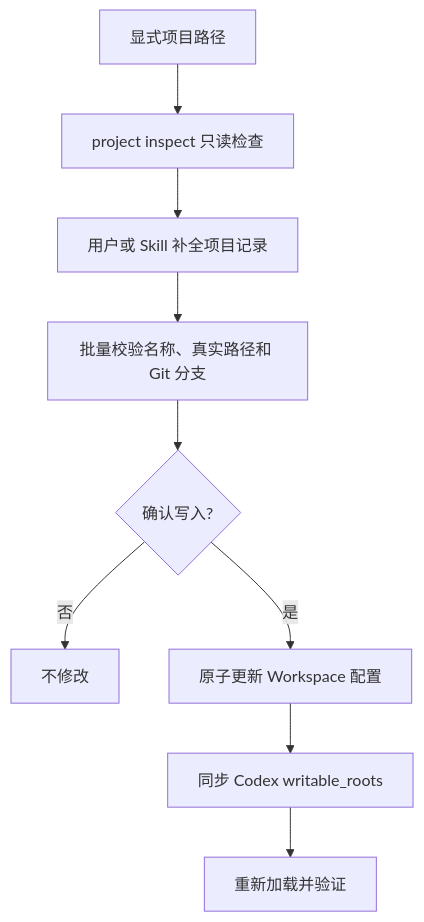
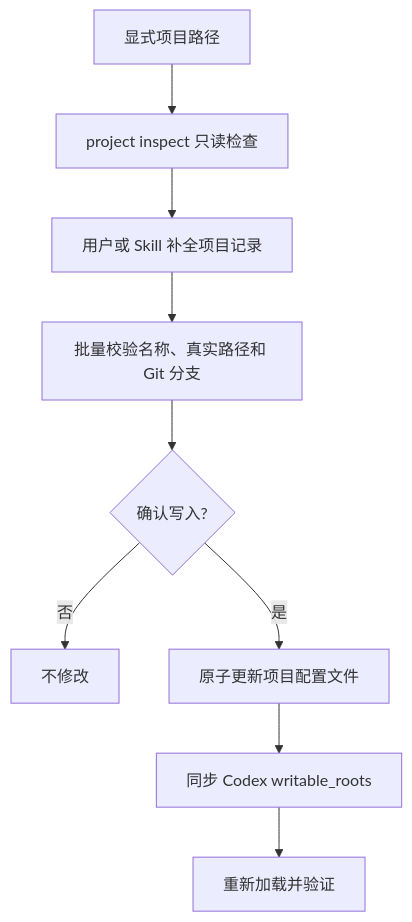
Before and after one commit to icebearx-ai/code-workspace: the second of 3 diagrams in docs/code-workspace-flow.zh-CN.md, drawn with Mermaid. The commit also changed other lines of this file and 18 other files, not shown here.

````diff
--- a/docs/code-workspace-flow.zh-CN.md
+++ b/docs/code-workspace-flow.zh-CN.md
@@ -37,11 +37,11 @@
 ```mermaid
 flowchart TD
     A[显式项目路径] --> I[project inspect 只读检查]
     I --> R[用户或 Skill 补全项目记录]
     R --> V[批量校验名称、真实路径和 Git 分支]
     V --> Q{确认写入?}
     Q -- 否 --> X[不修改]
-    Q -- 是 --> W[原子更新 Workspace 配置]
+    Q -- 是 --> W[原子更新项目配置文件]
     W --> P[同步 Codex writable_roots]
     P --> Z[重新加载并验证]
 ```
````
